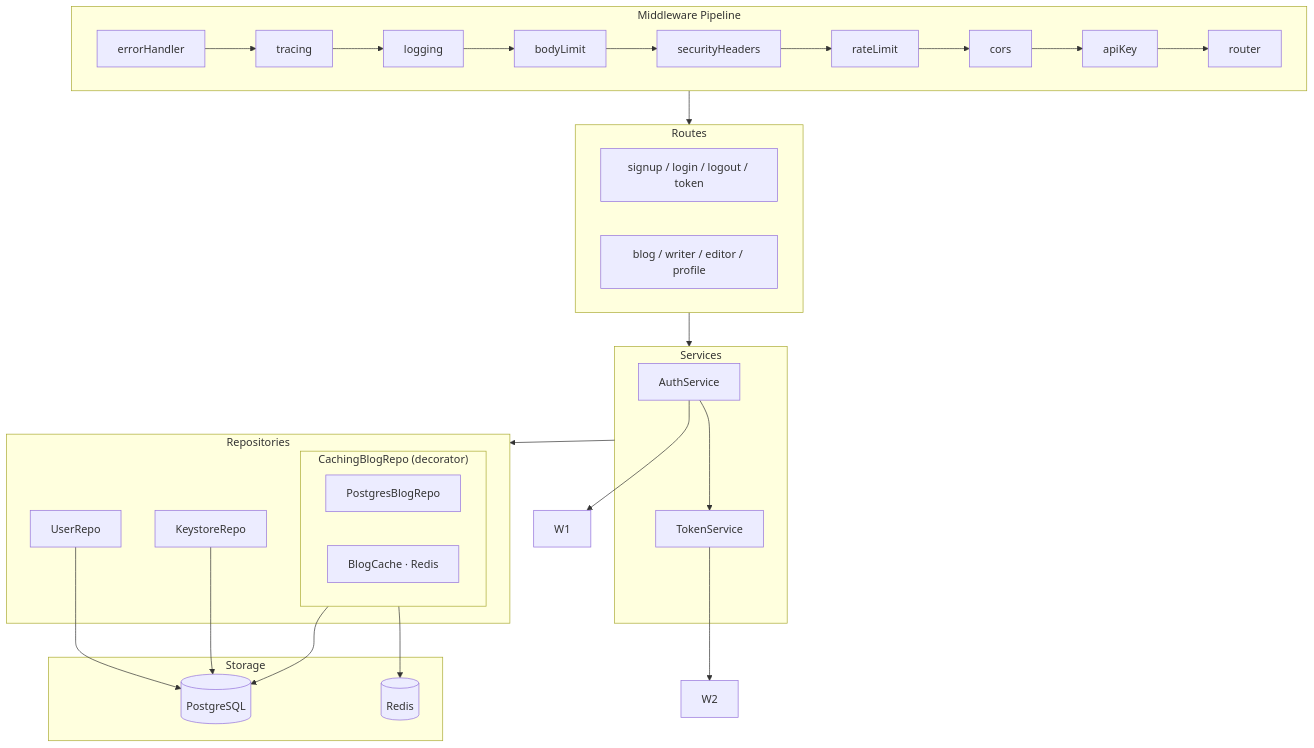
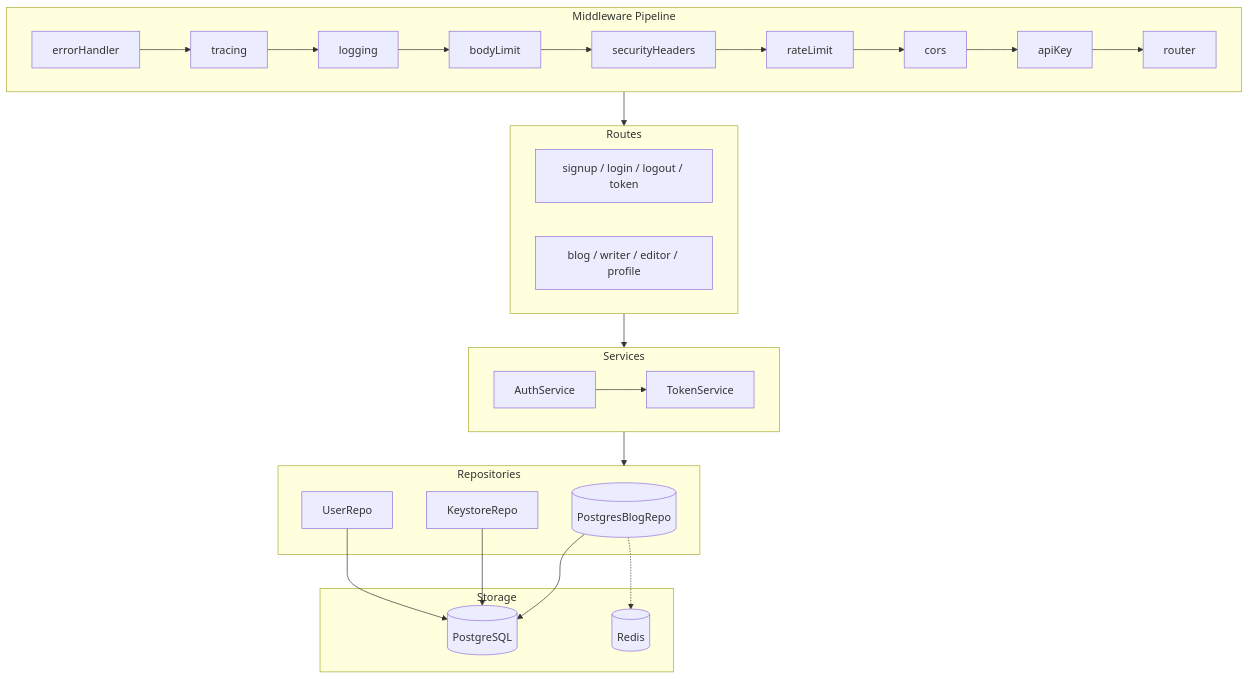
One commit to donfreddy/dart-backend-architecture changed the diagram in README.md. Above: the diagram before and after it, drawn with Mermaid. The commit also changed other lines of this file and 4 other files, not shown here.

````diff
--- a/README.md
+++ b/README.md
@@ -48,44 +48,39 @@
 ```mermaid
 graph TD
     subgraph MW["Middleware Pipeline"]
         direction LR
         A[errorHandler] --> B[tracing] --> C[logging]
         C --> D[bodyLimit] --> E[securityHeaders]
         E --> F[rateLimit] --> G[cors] --> H[apiKey] --> I[router]
     end
 
     subgraph Routes["Routes"]
         R1[signup / login / logout / token]
         R2[blog / writer / editor / profile]
     end
 
     subgraph Services["Services"]
         S1[AuthService]
         S2[TokenService]
     end
 
     subgraph Repos["Repositories"]
-        subgraph CACHE["CachingBlogRepo (decorator)"]
-            BR[PostgresBlogRepo]
-            BC[BlogCache · Redis]
-        end
+        BR[(PostgresBlogRepo)]
         UR[UserRepo]
         KR[KeystoreRepo]
     end
 
     subgraph Storage["Storage"]
         PG[(PostgreSQL)]
         RD[(Redis)]
     end
 
     MW --> Routes
     Routes --> Services
-    S1 --> W1
     S1 --> S2
-    S2 --> W2
     Services --> Repos
     UR --> PG
     KR --> PG
-    CACHE --> PG
-    CACHE --> RD
+    BR --> PG
+    BR -.-> RD
 ```
````
